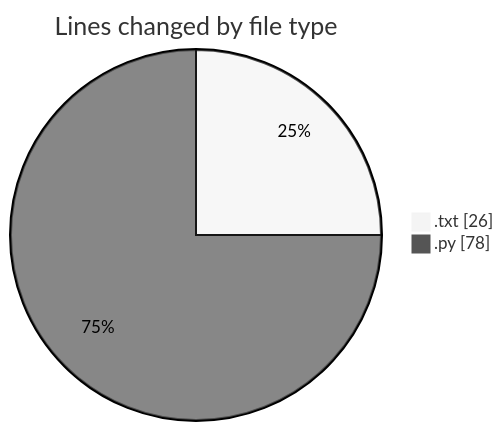
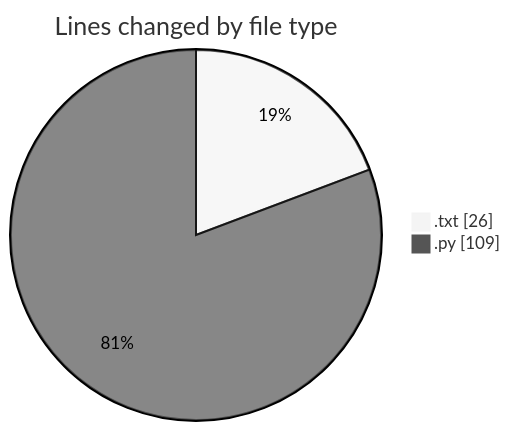
The first of 2 diagrams in 2026-10-06/cilreports__workspace_/README.md (ricardozamudiocil/code-tracking), drawn with Mermaid (neutral theme) before and after one commit. The commit also changed other lines of this file and 1 other file, not shown here.

````diff
--- a/2026-10-06/cilreports__workspace_/README.md
+++ b/2026-10-06/cilreports__workspace_/README.md
@@ -21,6 +21,6 @@
 ```mermaid
 pie showData
 title Lines changed by file type
 ".txt" : 26
-".py" : 78
+".py" : 109
 ```
````
